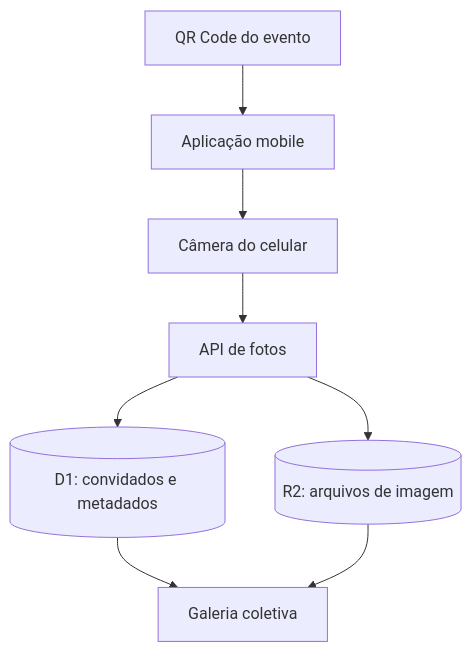
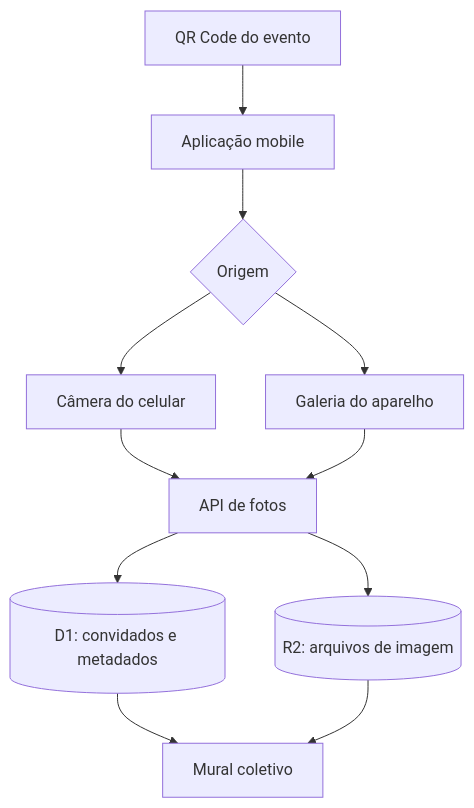
The diagram in docs/ARCHITECTURE.md (david25112510/wedding-guest-camera), drawn with Mermaid before and after one commit. The commit also changed other lines of this file and 10 other files, not shown here.

````diff
--- a/docs/ARCHITECTURE.md
+++ b/docs/ARCHITECTURE.md
@@ -7,10 +7,13 @@
 ```mermaid
 flowchart TD
   QR[QR Code do evento] --> UI[Aplicação mobile]
-  UI --> Camera[Câmera do celular]
+  UI --> Source{Origem}
+  Source --> Camera[Câmera do celular]
+  Source --> Gallery[Galeria do aparelho]
   Camera --> API[API de fotos]
+  Gallery --> API
   API --> DB[(D1: convidados e metadados)]
   API --> R2[(R2: arquivos de imagem)]
-  DB --> Gallery[Galeria coletiva]
-  R2 --> Gallery
+  DB --> Mural[Mural coletivo]
+  R2 --> Mural
 ```
````
